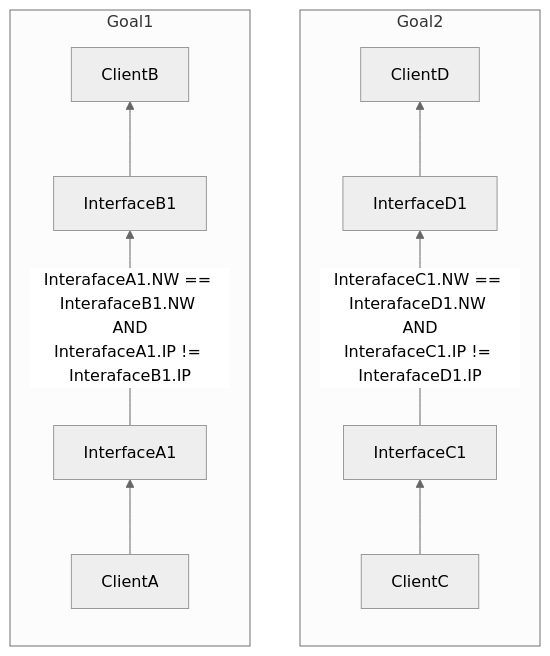
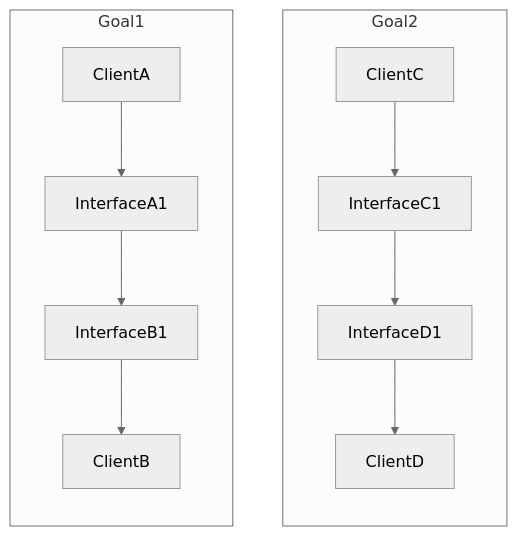
Before and after one commit to rikeda-cloud/net_practice: the first of 2 diagrams in level1.md, drawn with Mermaid (neutral theme). The commit also changed other lines of this file and 2 other files, not shown here.

````diff
--- a/level1.md
+++ b/level1.md
@@ -12,11 +12,19 @@
 ```mermaid
 flowchart
 subgraph Goal2
-    direction BT
-    ClientC-->InterfaceC1--InterafaceC1.NW == InterafaceD1.NW <br>AND<br>InterafaceC1.IP != InterafaceD1.IP-->InterfaceD1-->ClientD
+    direction TB
+    CL_C[ClientC]
+    CL_D[ClientD]
+    IF_C[InterfaceC1]
+    IF_D[InterfaceD1]
+    CL_C-->IF_C-->IF_D-->CL_D
 end
 subgraph Goal1
-    direction BT
-    ClientA-->InterfaceA1--InterafaceA1.NW == InterafaceB1.NW <br>AND<br>InterafaceA1.IP != InterafaceB1.IP-->InterfaceB1-->ClientB
+    direction TB
+    CL_A[ClientA]
+    CL_B[ClientB]
+    IF_A[InterfaceA1]
+    IF_B[InterfaceB1]
+    CL_A-->IF_A-->IF_B-->CL_B
 end
 ```
````
